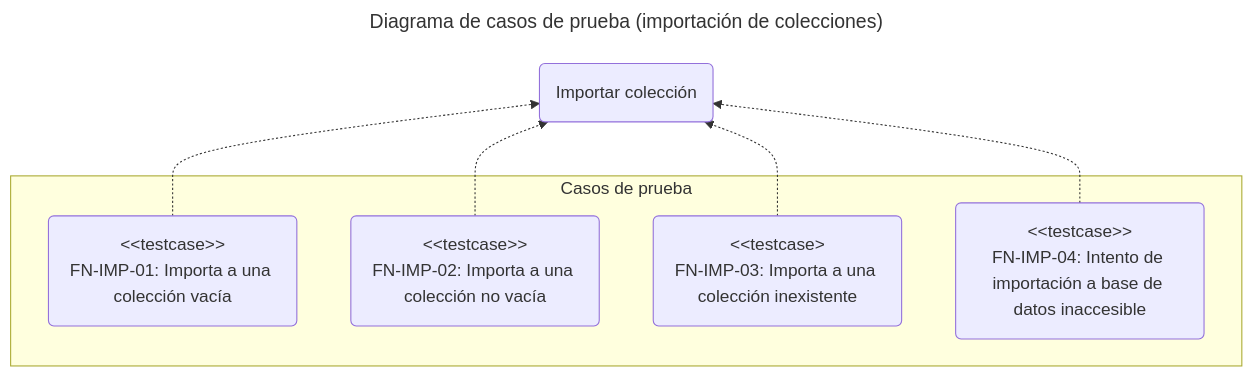
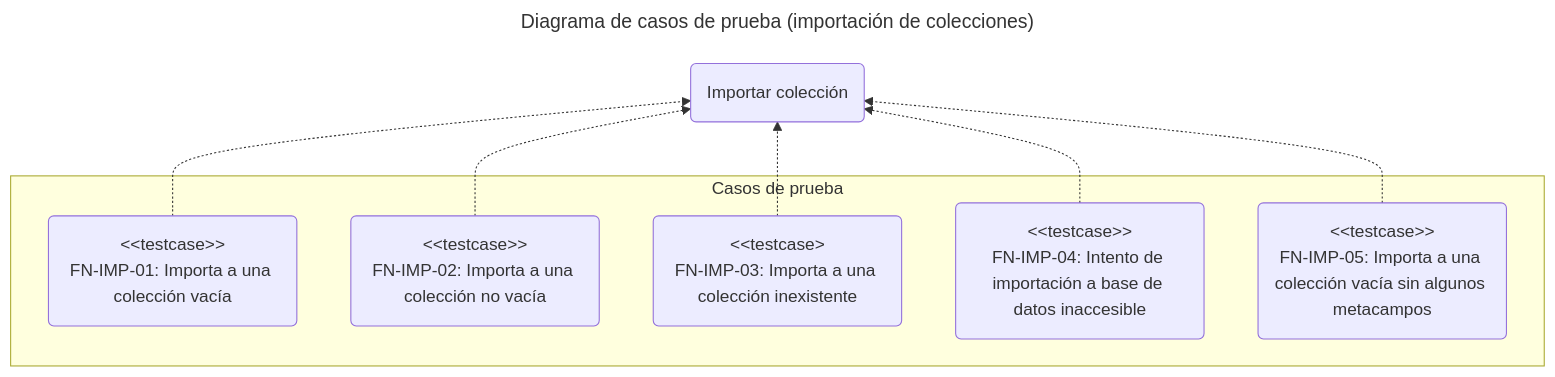
Before and after one commit to chromiodev/chromie-tool: the third of 8 diagrams in docs/spec/tests/functional.es.md, drawn with Mermaid. The commit also changed other lines of this file and 9 other files, not shown here.

Commit message:
feat: added the option to "chromie imp" for removing metafields (#27)

````diff
--- a/docs/spec/tests/functional.es.md
+++ b/docs/spec/tests/functional.es.md
@@ -226,22 +226,24 @@
 ```mermaid
 ---
 title: Diagrama de casos de prueba (importación de colecciones)
 config:
 ---
 
 graph BT
   %% casos de uso
   importColl@{ shape: "rounded", label: "Importar colección" }
 
   subgraph "Casos de prueba"
     importIntoEmptyColl@{ shape: "rounded", label: "#lt;#lt;testcase>><br>FN-IMP-01: Importa a una colección vacía" }
     importIntoNonEmptyColl@{ shape: "rounded", label: "#lt;#lt;testcase>><br>FN-IMP-02: Importa a una colección no vacía" }
     importIntoNonExistingColl@{ shape: "rounded", label: "#lt;#lt;testcase><br>FN-IMP-03: Importa a una colección inexistente" }
     importIntoUnknownServer@{ shape: "rounded", label: "#lt;#lt;testcase>><br>FN-IMP-04: Intento de importación a base de datos inaccesible" }
+    importIntoEmptyCollRemovingMetafields@{ shape: "rounded", label: "#lt;#lt;testcase>><br>FN-IMP-05: Importa a una colección vacía sin algunos metacampos" }
   end
 
   importIntoEmptyColl -.-> importColl
   importIntoNonEmptyColl -.-> importColl
   importIntoNonExistingColl -.-> importColl
   importIntoUnknownServer -.-> importColl
+  importIntoEmptyCollRemovingMetafields -.-> importColl
 ```
````
